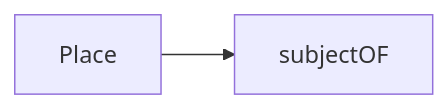
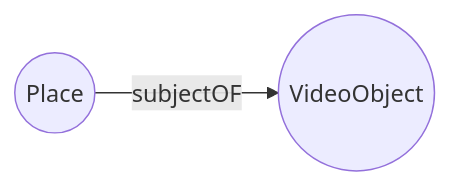
The diagram in docs/types/VideoObject.md (contentdesk/python-contentdesk), drawn with Mermaid before and after one commit.

Commit message:
Refactor code to update VideoObject.md with mermaid syntax for graph visualization

````diff
--- a/docs/types/VideoObject.md
+++ b/docs/types/VideoObject.md
@@ -7,4 +7,4 @@
 ```mermaid
 graph LR
-    Place --> VideoObject["subjectOF"]
+    Place((Place)) -->|subjectOF| VideoObject(("VideoObject"))
 ```
````
